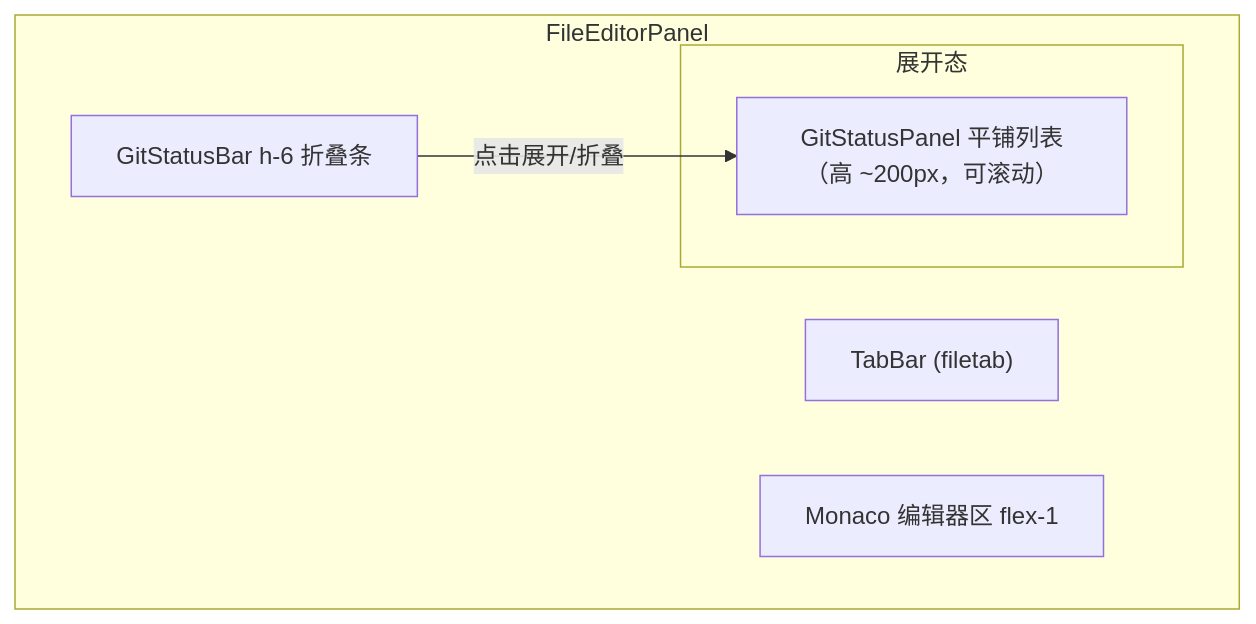
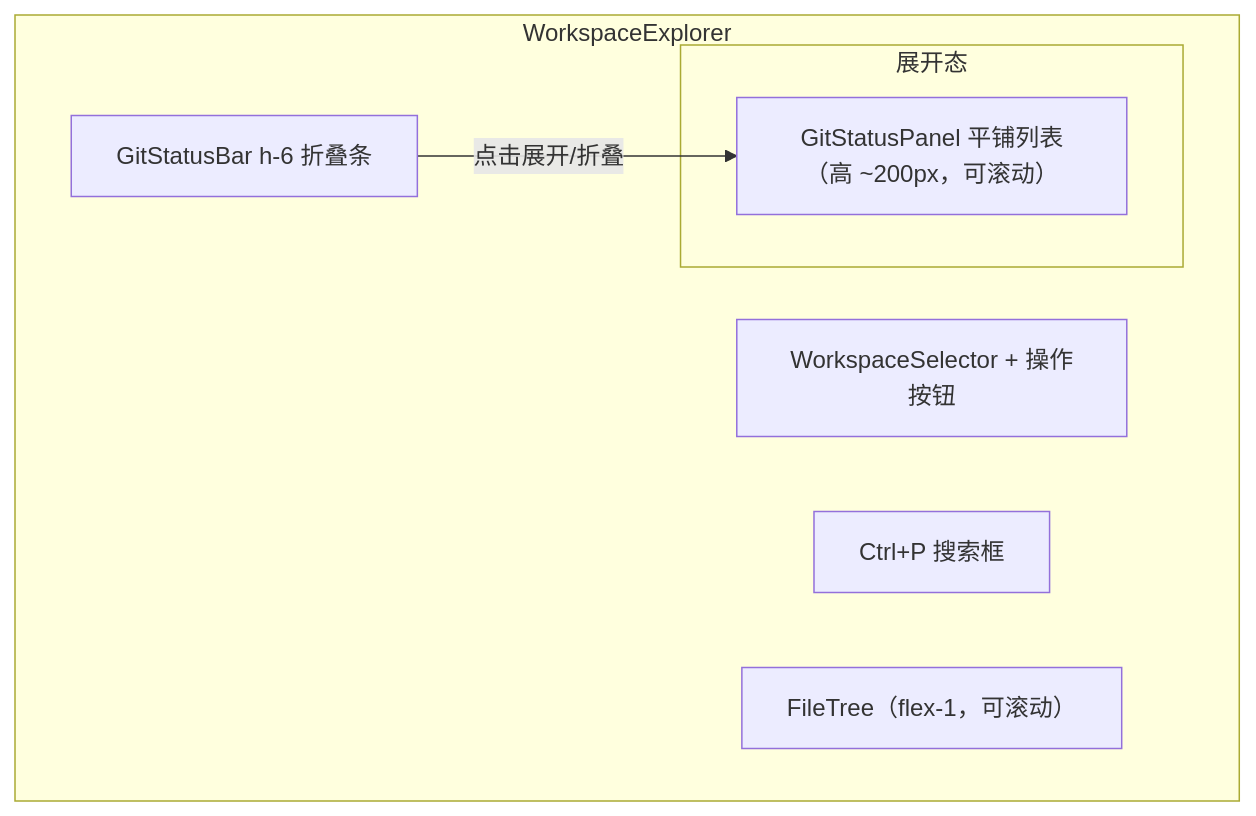
The first of 2 diagrams in docs/adr/zh/ADR-078-git-status-bar.md (tranxon/ACowork), drawn with Mermaid before and after one commit. The commit also changed other lines of this file and 9 other files, not shown here.

````diff
--- a/docs/adr/zh/ADR-078-git-status-bar.md
+++ b/docs/adr/zh/ADR-078-git-status-bar.md
@@ -228,12 +231,13 @@
 ```mermaid
 graph TD
-    subgraph FileEditorPanel
-        Tabs["TabBar (filetab)"]
-        Editor["Monaco 编辑器区 flex-1"]
+    subgraph WorkspaceExplorer
+        Selector["WorkspaceSelector + 操作按钮"]
+        Search["Ctrl+P 搜索框"]
+        Tree["FileTree（flex-1，可滚动）"]
         GitBar["GitStatusBar h-6 折叠条"]
         subgraph 展开态
             GitPanel["GitStatusPanel 平铺列表（高 ~200px，可滚动）"]
         end
     end
     GitBar -- 点击展开/折叠 --> GitPanel
 ```
````
